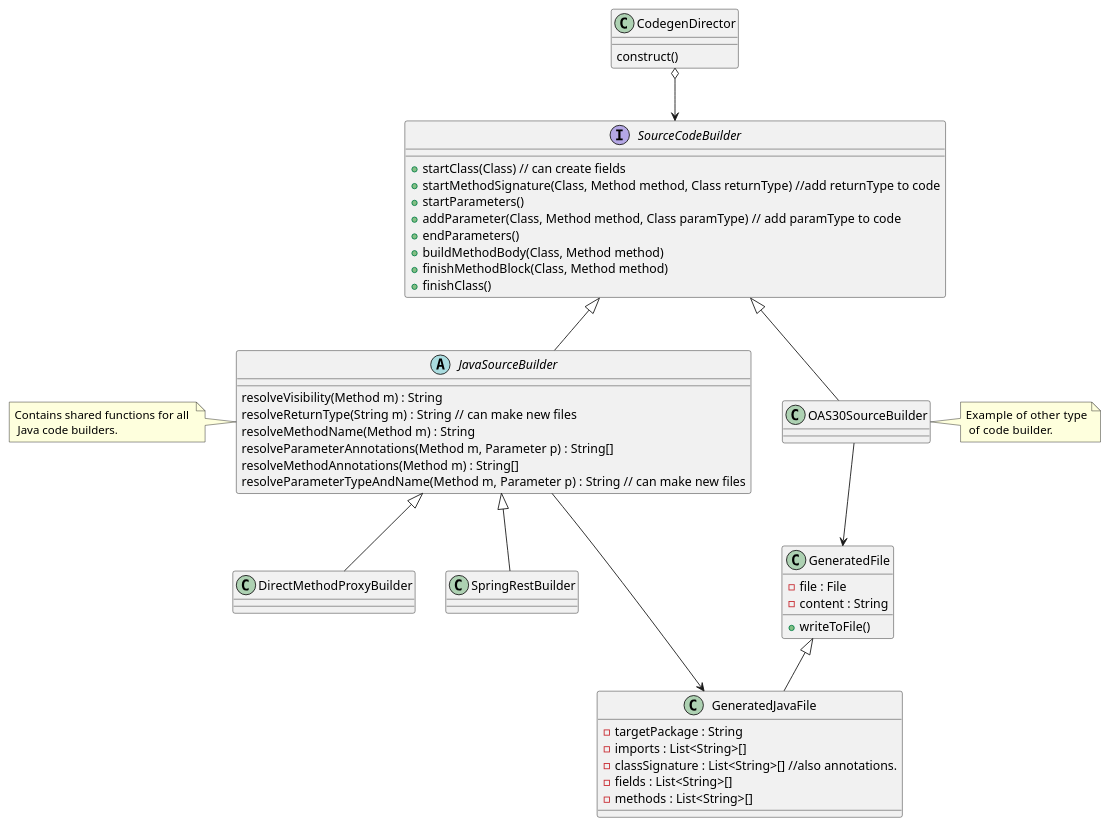
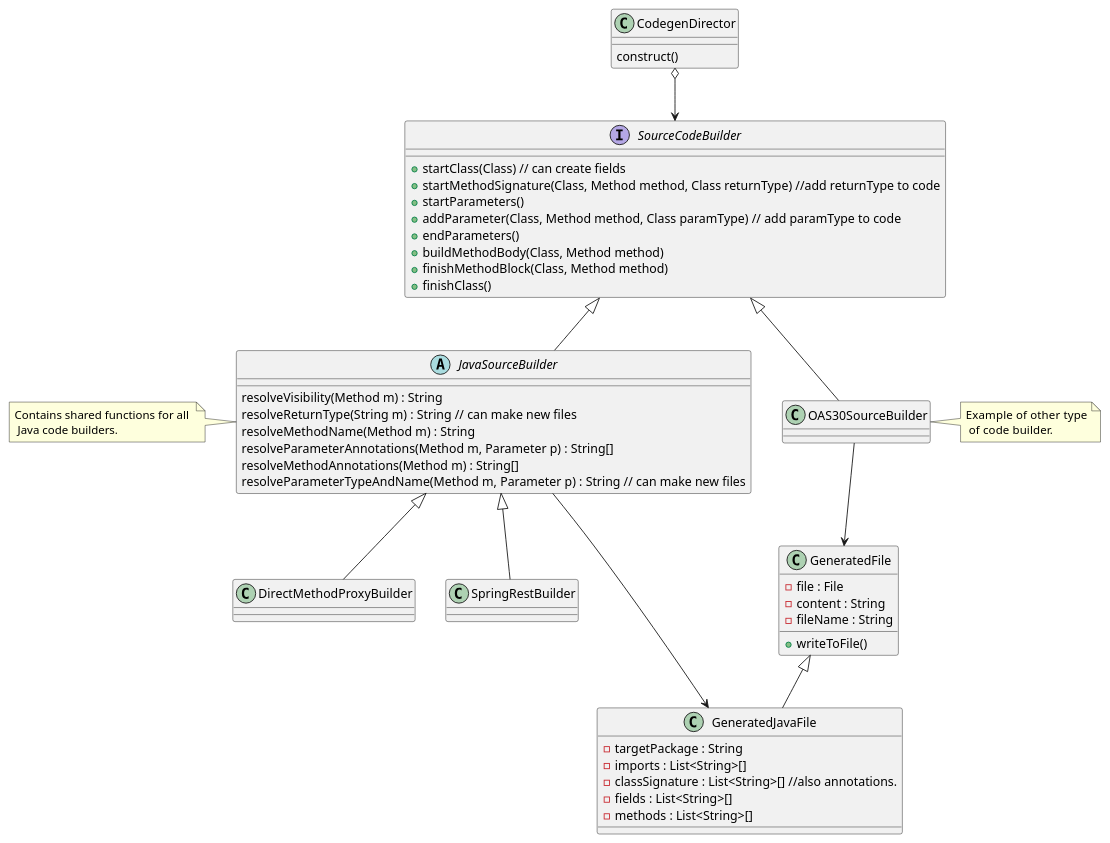
The diagram in documentation/codegen/interface-builder-pattern.puml (goldendk/ucommerce-experiments), drawn with PlantUML before and after one commit. The commit also changed 12 other files, not shown here.

```diff
--- a/documentation/codegen/interface-builder-pattern.puml
+++ b/documentation/codegen/interface-builder-pattern.puml
@@ -1,60 +1,61 @@
 @startuml
 
 
 
 Class CodegenDirector
 CodegenDirector : construct()
 
 interface SourceCodeBuilder
 SourceCodeBuilder : +startClass(Class) // can create fields
 SourceCodeBuilder : +startMethodSignature(Class, Method method, Class returnType) //add returnType to code
 SourceCodeBuilder : +startParameters()
 SourceCodeBuilder : +addParameter(Class, Method method, Class paramType) // add paramType to code
 SourceCodeBuilder : +endParameters()
 SourceCodeBuilder : +buildMethodBody(Class, Method method)
 SourceCodeBuilder : +finishMethodBlock(Class, Method method)
 SourceCodeBuilder : +finishClass()
 
 
 
 abstract class JavaSourceBuilder
 note left: Contains shared functions for all \n Java code builders.
 JavaSourceBuilder : resolveVisibility(Method m) : String
 JavaSourceBuilder : resolveReturnType(String m) : String // can make new files
 JavaSourceBuilder : resolveMethodName(Method m) : String
 JavaSourceBuilder : resolveParameterAnnotations(Method m, Parameter p) : String[]
 JavaSourceBuilder : resolveMethodAnnotations(Method m) : String[]
 JavaSourceBuilder : resolveParameterTypeAndName(Method m, Parameter p) : String // can make new files
 
 
 Class DirectMethodProxyBuilder
 Class SpringRestBuilder
 
 Class GeneratedFile
 GeneratedFile : -file : File
 GeneratedFile : -content : String
+GeneratedFile : -fileName : String
 GeneratedFile : +writeToFile()
 
 
 Class GeneratedJavaFile
 GeneratedJavaFile : -targetPackage : String
 GeneratedJavaFile : -imports : List<String>[]
 GeneratedJavaFile : -classSignature : List<String>[] //also annotations.
 GeneratedJavaFile : -fields : List<String>[]
 GeneratedJavaFile : -methods : List<String>[]
 
 
 class OAS30SourceBuilder
 note right: Example of other  type\n of code builder.
 
 
 CodegenDirector o--> SourceCodeBuilder
 SourceCodeBuilder <|-- JavaSourceBuilder
 JavaSourceBuilder <|-- SpringRestBuilder
 JavaSourceBuilder <|-- DirectMethodProxyBuilder
 JavaSourceBuilder --> GeneratedJavaFile
 GeneratedFile <|-- GeneratedJavaFile
 
 SourceCodeBuilder <|-- OAS30SourceBuilder
 OAS30SourceBuilder --> GeneratedFile
 @enduml
```
